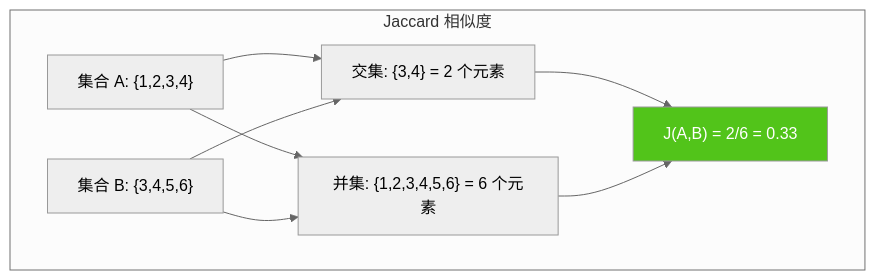
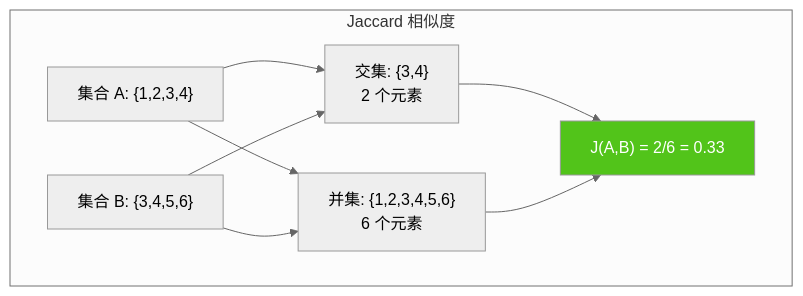
Diagram 26 of 38 in docs/research/003-vector-search-algorithm.md (ThreeFish-AI/agentic-ai-cognizes), drawn with Mermaid (neutral theme) before and after one commit. The commit also changed other lines of this file, not shown here.

````diff
--- a/docs/research/003-vector-search-algorithm.md
+++ b/docs/research/003-vector-search-algorithm.md
@@ -1909,19 +1920,19 @@
 ```mermaid
 graph TB
     subgraph "Jaccard 相似度"
         A["集合 A: {1,2,3,4}"]
         B["集合 B: {3,4,5,6}"]
-        I["交集: {3,4} = 2 个元素"]
-        U["并集: {1,2,3,4,5,6} = 6 个元素"]
+        I["交集: {3,4}<br/>2 个元素"]
+        U["并集: {1,2,3,4,5,6}<br/>6 个元素"]
         R["J(A,B) = 2/6 = 0.33"]
     end
 
     A --> I
     B --> I
     A --> U
     B --> U
     I --> R
     U --> R
 
     style R fill:#52c41a,color:#fff
 ```
````
